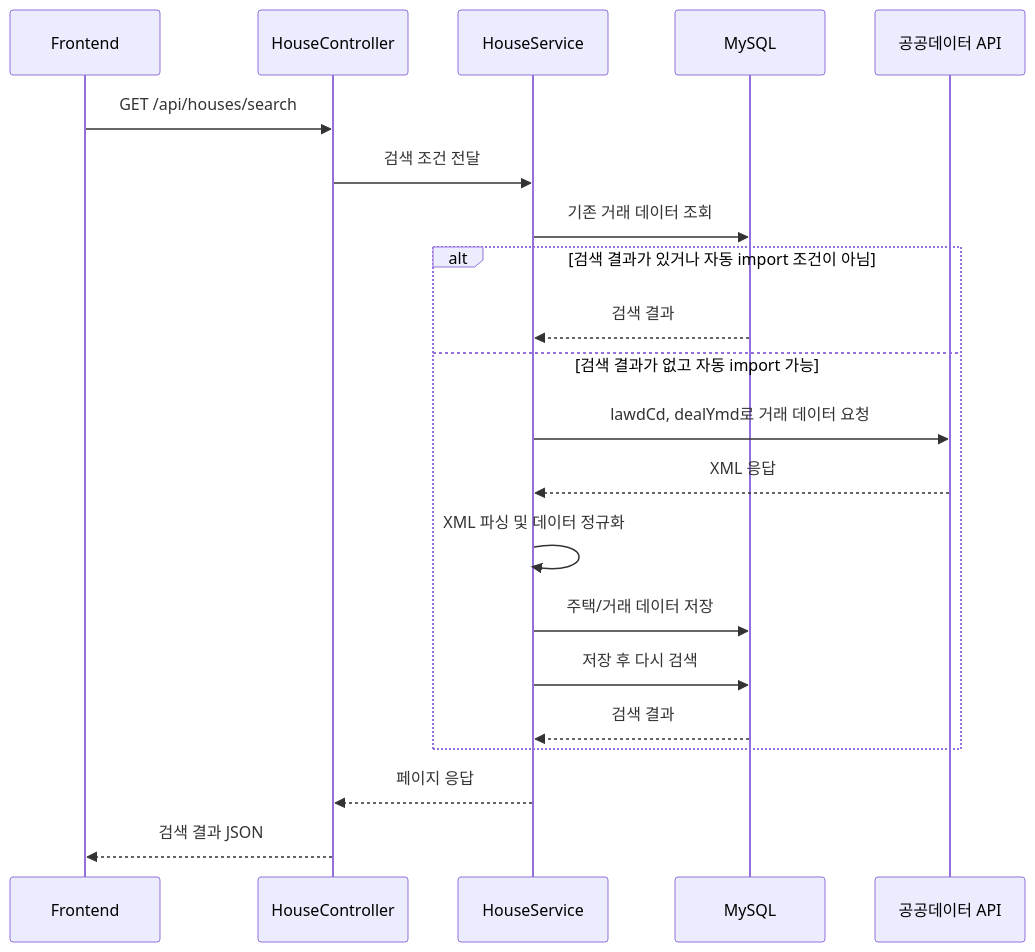
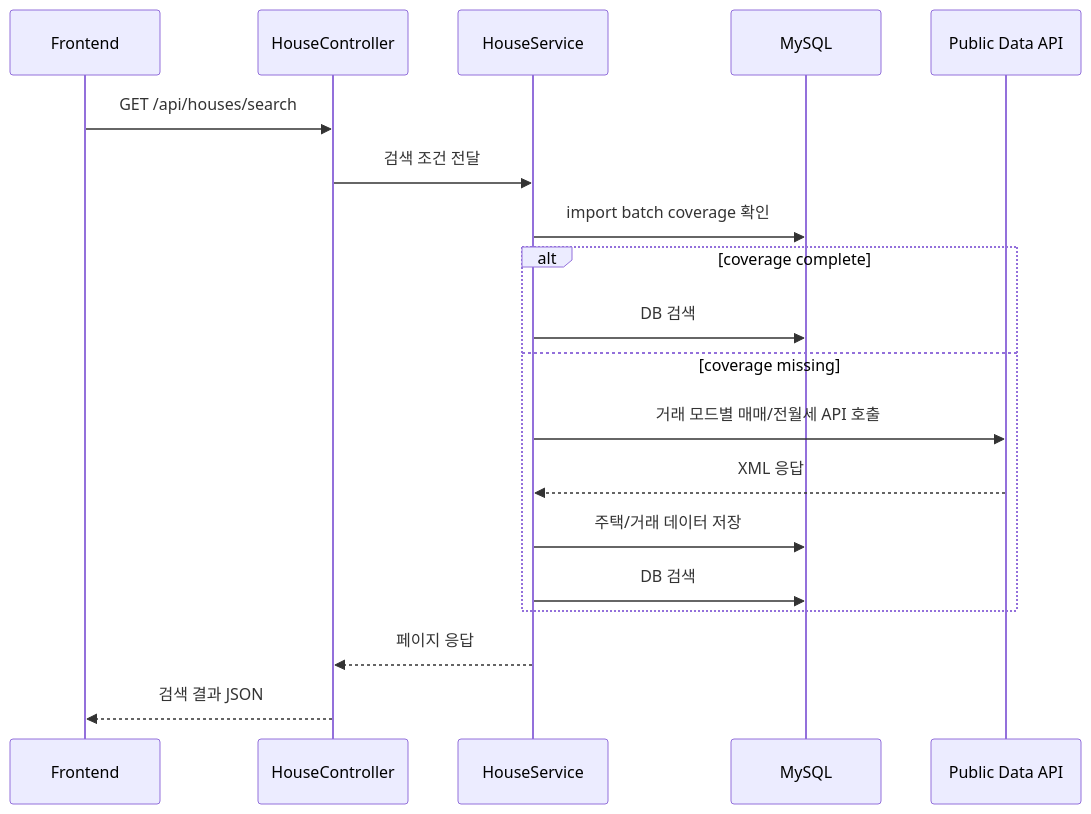
One commit to repechage-team/no-home-backend changed the diagram in README.md. Above: the diagram before and after it, drawn with Mermaid. The commit also changed other lines of this file and 1 other file, not shown here.

Commit message:
docs: 전월세 거래 내역 문서 업데이트

````diff
--- a/README.md
+++ b/README.md
@@ -143,26 +132,24 @@
 ```mermaid
 sequenceDiagram
   participant FE as Frontend
   participant HC as HouseController
   participant HS as HouseService
   participant DB as MySQL
-  participant API as 공공데이터 API
+  participant API as Public Data API
 
   FE->>HC: GET /api/houses/search
   HC->>HS: 검색 조건 전달
-  HS->>DB: 기존 거래 데이터 조회
+  HS->>DB: import batch coverage 확인
 
-  alt 검색 결과가 있거나 자동 import 조건이 아님
-    DB-->>HS: 검색 결과
-  else 검색 결과가 없고 자동 import 가능
-    HS->>API: lawdCd, dealYmd로 거래 데이터 요청
+  alt coverage complete
+    HS->>DB: DB 검색
+  else coverage missing
+    HS->>API: 거래 모드별 매매/전월세 API 호출
     API-->>HS: XML 응답
-    HS->>HS: XML 파싱 및 데이터 정규화
     HS->>DB: 주택/거래 데이터 저장
-    HS->>DB: 저장 후 다시 검색
-    DB-->>HS: 검색 결과
+    HS->>DB: DB 검색
   end
 
   HS-->>HC: 페이지 응답
   HC-->>FE: 검색 결과 JSON
 ```
````
